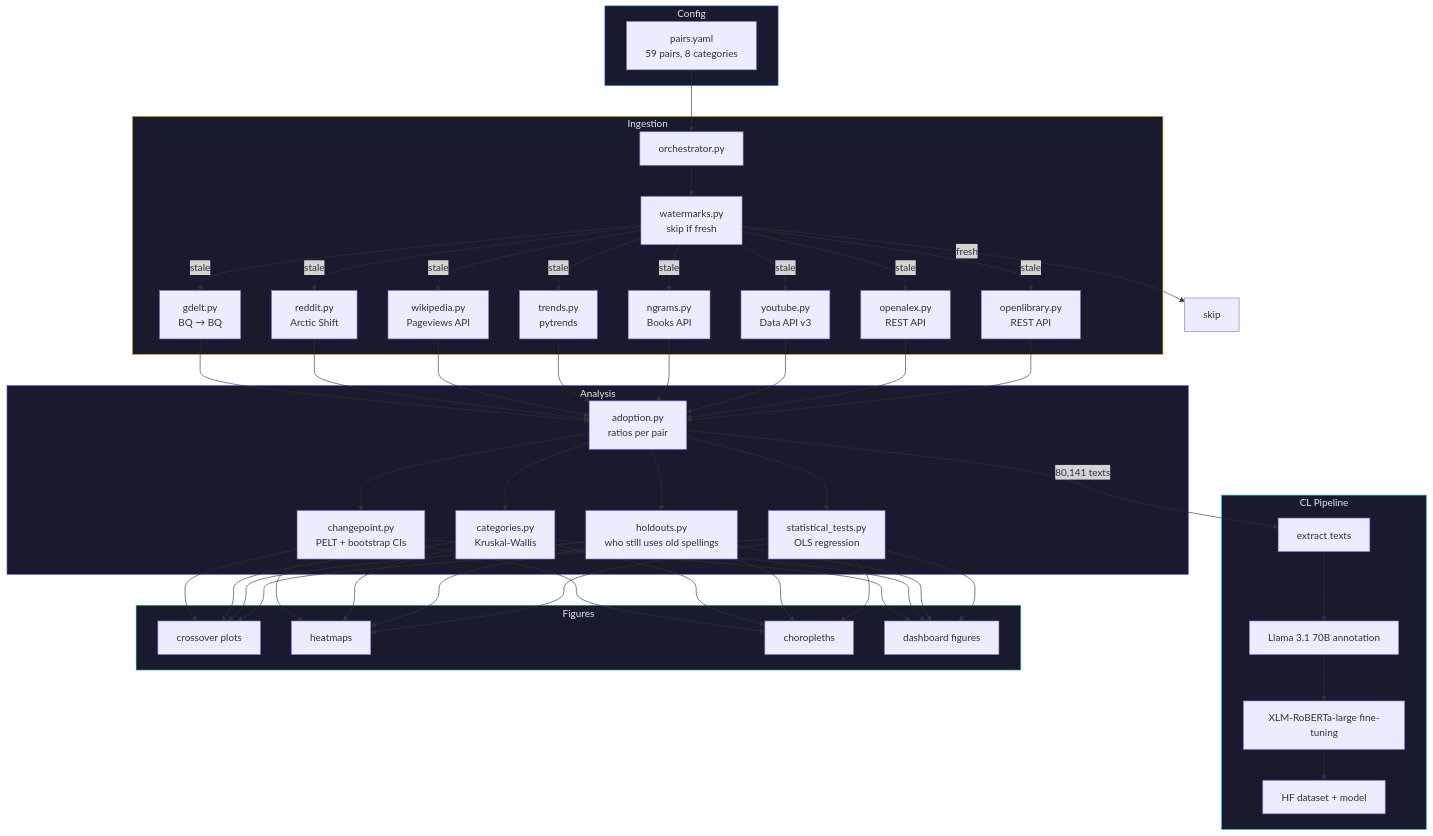
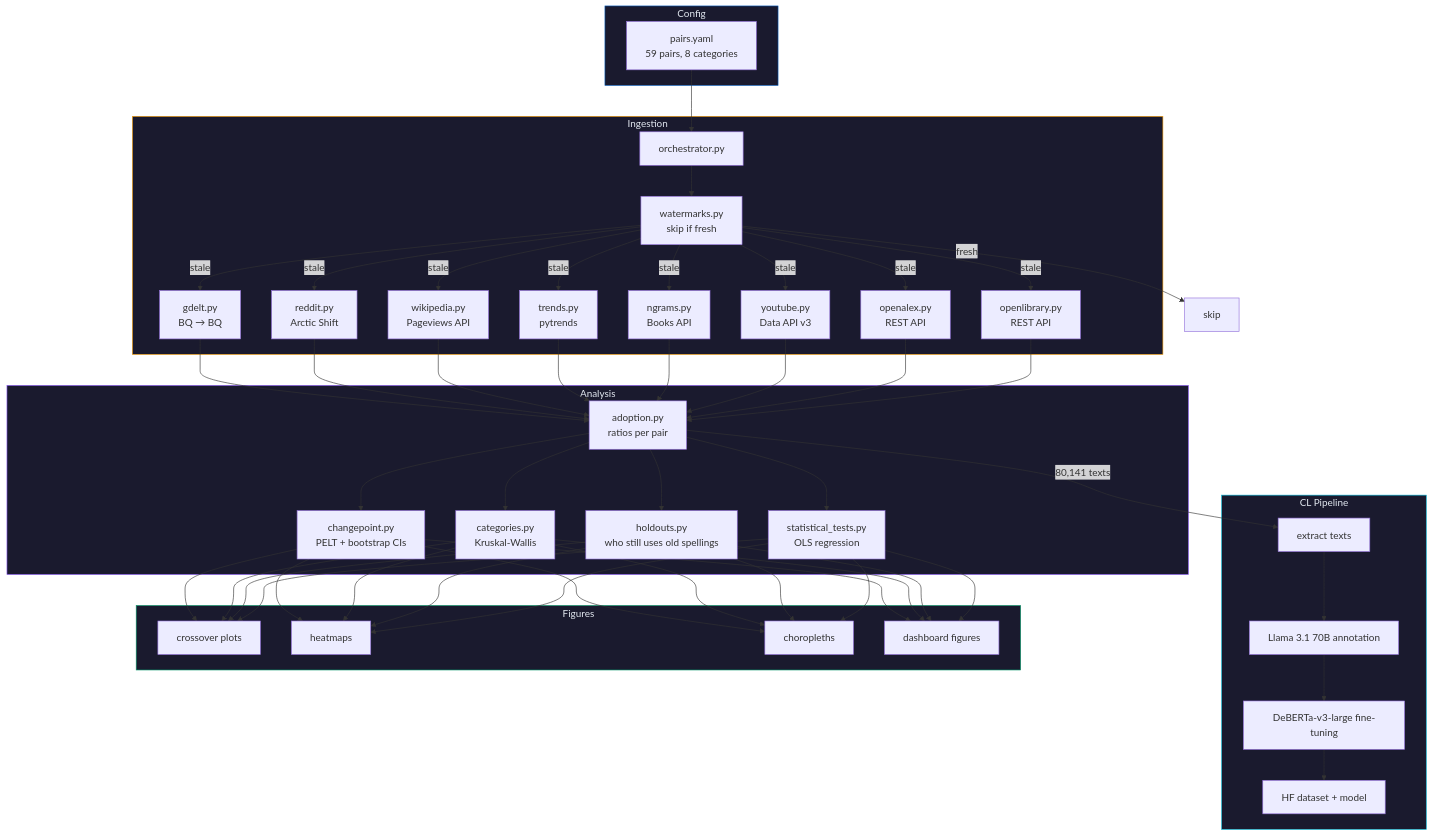
The diagram in pipeline/README.md (IvanDobrovolsky/kyivnotkiev), drawn with Mermaid before and after one commit. The commit also changed 7 other files, not shown here.

````diff
--- a/pipeline/README.md
+++ b/pipeline/README.md
@@ -7,55 +7,55 @@
 ```mermaid
 flowchart TD
     subgraph Config
         style Config fill:#1a1a2e,stroke:#0057B8,color:#e2e8f0
         pairs["pairs.yaml<br/>59 pairs, 8 categories"]
     end
 
     subgraph Ingestion
         style Ingestion fill:#1a1a2e,stroke:#f59e0b,color:#e2e8f0
         orch["orchestrator.py"]
         wm["watermarks.py<br/>skip if fresh"]
         gdelt["gdelt.py<br/>BQ → BQ"]
         reddit["reddit.py<br/>Arctic Shift"]
         wiki["wikipedia.py<br/>Pageviews API"]
         trends["trends.py<br/>pytrends"]
         ngrams["ngrams.py<br/>Books API"]
         yt["youtube.py<br/>Data API v3"]
         oa["openalex.py<br/>REST API"]
         ol["openlibrary.py<br/>REST API"]
     end
 
     subgraph Analysis
         style Analysis fill:#1a1a2e,stroke:#8b5cf6,color:#e2e8f0
         adopt["adoption.py<br/>ratios per pair"]
         cp["changepoint.py<br/>PELT + bootstrap CIs"]
         cat["categories.py<br/>Kruskal-Wallis"]
         hold["holdouts.py<br/>who still uses old spellings"]
         reg["statistical_tests.py<br/>OLS regression"]
     end
 
     subgraph CL["CL Pipeline"]
         style CL fill:#1a1a2e,stroke:#06b6d4,color:#e2e8f0
         extract["extract texts"]
         annotate["Llama 3.1 70B annotation"]
-        finetune["XLM-RoBERTa-large fine-tuning"]
+        finetune["DeBERTa-v3-large fine-tuning"]
         export["HF dataset + model"]
     end
 
     subgraph Figures
         style Figures fill:#1a1a2e,stroke:#059669,color:#e2e8f0
         cross["crossover plots"]
         heat["heatmaps"]
         choro["choropleths"]
         modern["dashboard figures"]
     end
 
     pairs --> orch
     orch --> wm
     wm -->|stale| gdelt & reddit & wiki & trends & ngrams & yt & oa & ol
     wm -->|fresh| skip["skip"]
     gdelt & reddit & wiki & trends & ngrams & yt & oa & ol --> adopt
     adopt --> cp & cat & hold & reg
     adopt -->|80,141 texts| extract --> annotate --> finetune --> export
     cp & cat & hold & reg --> cross & heat & choro & modern
 ```
````
